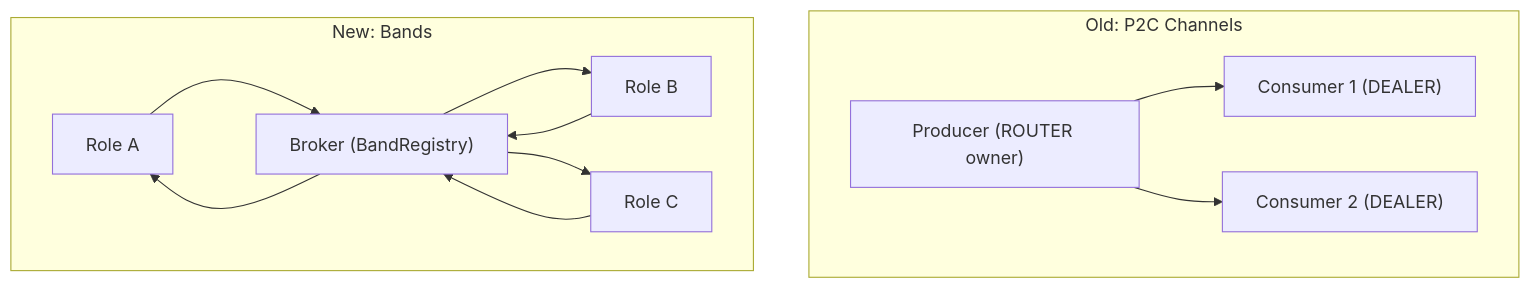
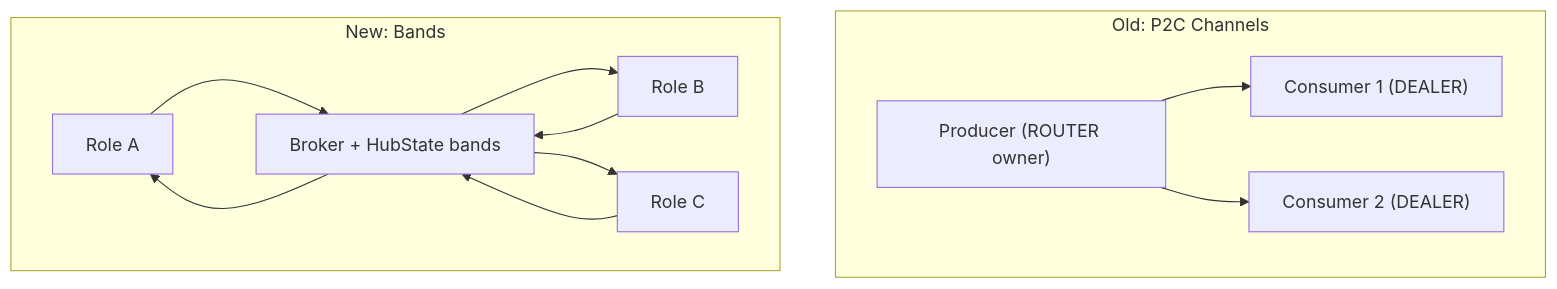
Before and after one commit to Qing-LAB/pylabhub: the diagram in docs/HEP/HEP-CORE-0030-Band-Messaging-Protocol.md, drawn with Mermaid. The commit also changed other lines of this file and 10 other files, not shown here.

First line of the commit message:
feat(hub+broker): HEP-0033 G2.2.3 — bands + federation peers absorb into HubState

````diff
--- a/docs/HEP/HEP-CORE-0030-Band-Messaging-Protocol.md
+++ b/docs/HEP/HEP-CORE-0030-Band-Messaging-Protocol.md
@@ -405,15 +415,15 @@
 ```mermaid
 graph TD
     subgraph Old["Old: P2C Channels"]
         P["Producer (ROUTER owner)"] --> C1["Consumer 1 (DEALER)"]
         P --> C2["Consumer 2 (DEALER)"]
     end
     subgraph New["New: Bands"]
-        R1["Role A"] --> B["Broker (BandRegistry)"]
+        R1["Role A"] --> B["Broker + HubState bands"]
         R2["Role B"] --> B
         R3["Role C"] --> B
         B --> R1
         B --> R2
         B --> R3
     end
 ```
````
